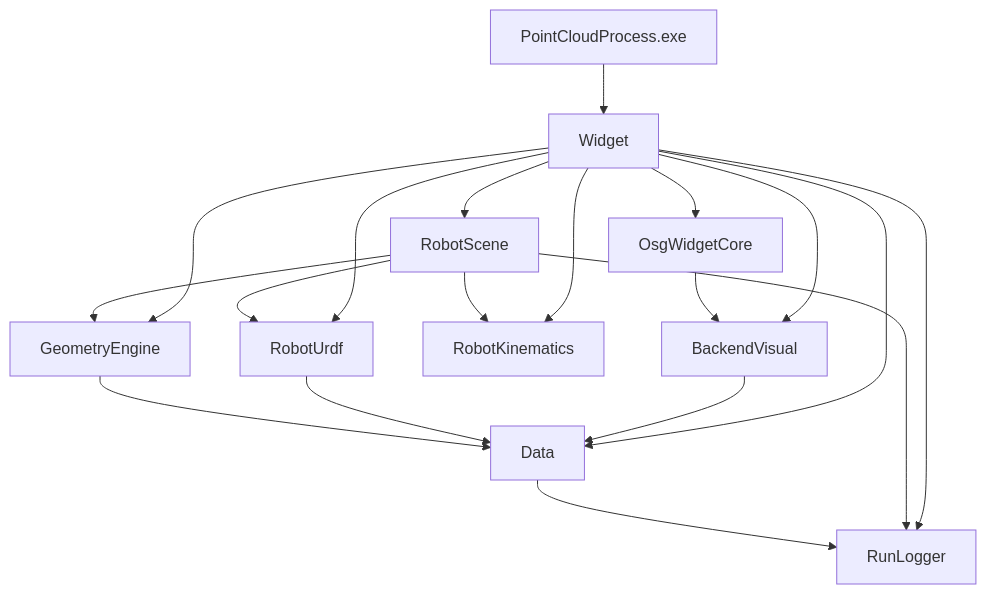
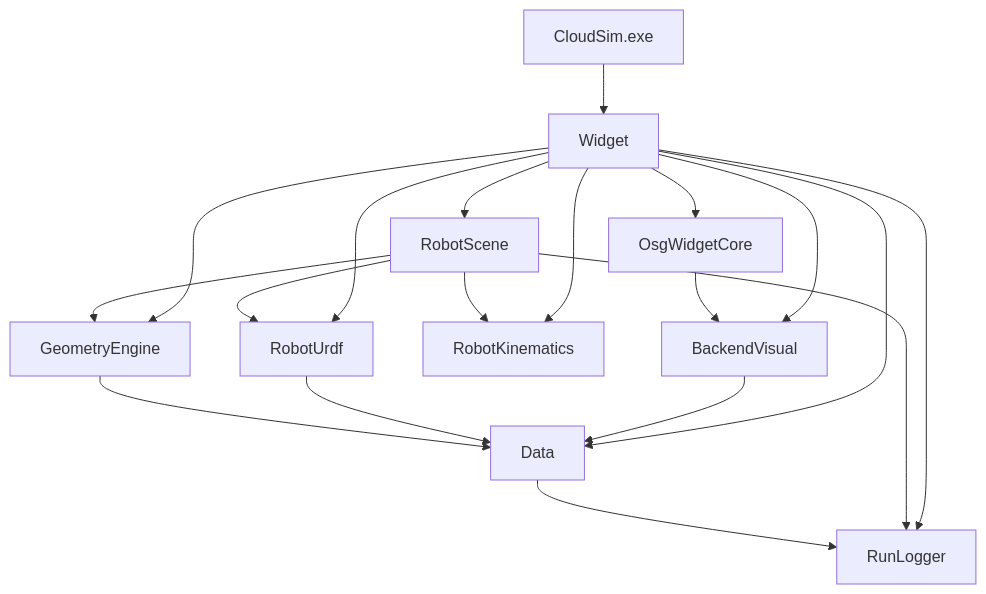
One commit to sanmunejdn/CloudSim changed the diagram in docs/MODULE_DEVELOPER_GUIDES.md. Above: the diagram before and after it, drawn with Mermaid. The commit also changed other lines of this file and 15 other files, not shown here.

````diff
--- a/docs/MODULE_DEVELOPER_GUIDES.md
+++ b/docs/MODULE_DEVELOPER_GUIDES.md
@@ -20,19 +20,19 @@
 ```mermaid
 flowchart TB
-  EXE[PointCloudProcess.exe] --> W[Widget]
+  EXE[CloudSim.exe] --> W[Widget]
   W --> O[OsgWidgetCore]
   W --> BV[BackendVisual]
   W --> D[Data]
   W --> RS[RobotScene]
   W --> RU[RobotUrdf]
   W --> RK[RobotKinematics]
   W --> GE[GeometryEngine]
   W --> RL[RunLogger]
   O --> BV --> D
   RS --> GE
   RS --> RU --> D
   RS --> RK
   RS --> RL
   GE --> D
   D --> RL
 ```
````
